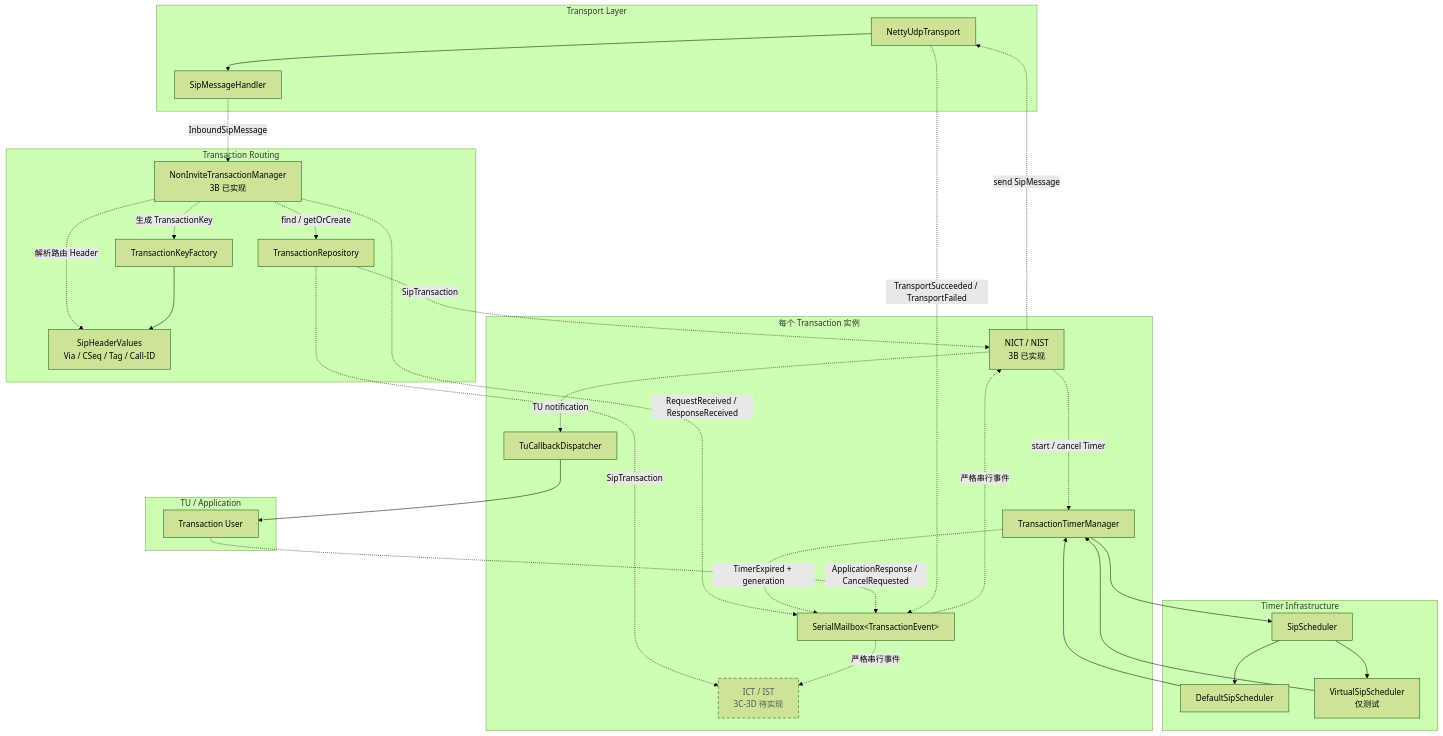
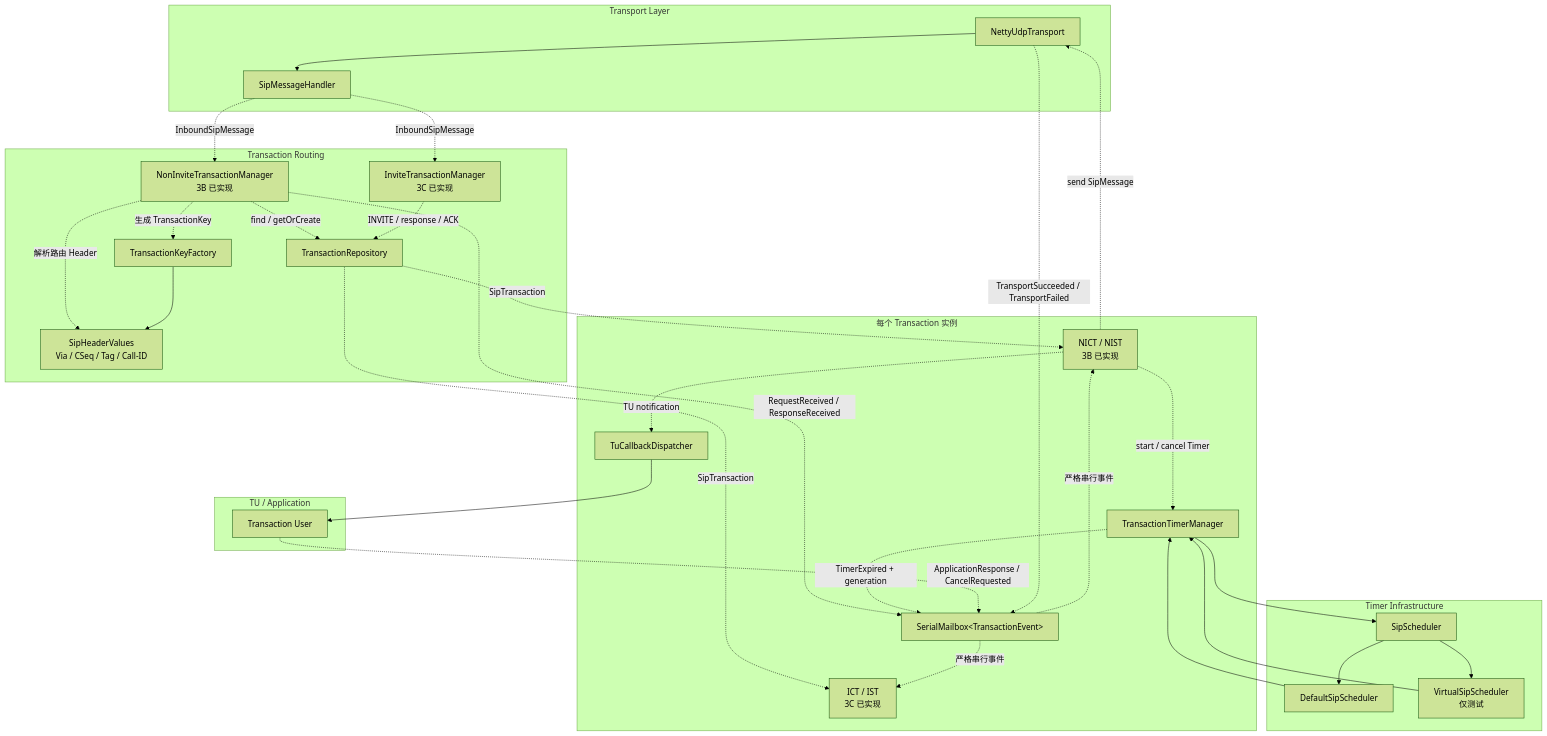
One commit to Thinker112/LoomSIP changed the diagram in MILESTONE-03-TRANSACTION-LAYER.md. Above: the diagram before and after it, drawn with Mermaid (forest theme). The commit also changed other lines of this file and 19 other files, not shown here.

````diff
--- a/MILESTONE-03-TRANSACTION-LAYER.md
+++ b/MILESTONE-03-TRANSACTION-LAYER.md
@@ -714,64 +724,65 @@
 ```mermaid
 flowchart TB
     subgraph Transport["Transport Layer"]
         NETTY["NettyUdpTransport"]
         HANDLER["SipMessageHandler"]
     end
 
     subgraph Routing["Transaction Routing"]
         DISPATCHER["NonInviteTransactionManager<br/>3B 已实现"]
+        INVITE_DISPATCHER["InviteTransactionManager<br/>3C 已实现"]
         HEADERS["SipHeaderValues<br/>Via / CSeq / Tag / Call-ID"]
         KEY_FACTORY["TransactionKeyFactory"]
         REPOSITORY["TransactionRepository"]
     end
 
     subgraph Transaction["每个 Transaction 实例"]
         MAILBOX["SerialMailbox&lt;TransactionEvent&gt;"]
         STATE_MACHINE["NICT / NIST<br/>3B 已实现"]
-        INVITE_STATE_MACHINE["ICT / IST<br/>3C-3D 待实现"]
+        INVITE_STATE_MACHINE["ICT / IST<br/>3C 已实现"]
         TIMER_MANAGER["TransactionTimerManager"]
         TU_DISPATCHER["TuCallbackDispatcher"]
     end
 
     subgraph Timing["Timer Infrastructure"]
         SCHEDULER["SipScheduler"]
         DEFAULT_SCHEDULER["DefaultSipScheduler"]
         VIRTUAL_SCHEDULER["VirtualSipScheduler<br/>仅测试"]
     end
 
     subgraph Application["TU / Application"]
         TU["Transaction User"]
     end
 
     NETTY --> HANDLER
     HANDLER -. "InboundSipMessage" .-> DISPATCHER
+    HANDLER -. "InboundSipMessage" .-> INVITE_DISPATCHER
 
     DISPATCHER -. "解析路由 Header" .-> HEADERS
     DISPATCHER -. "生成 TransactionKey" .-> KEY_FACTORY
     KEY_FACTORY --> HEADERS
     DISPATCHER -. "find / getOrCreate" .-> REPOSITORY
+    INVITE_DISPATCHER -. "INVITE / response / ACK" .-> REPOSITORY
     REPOSITORY -. "SipTransaction" .-> STATE_MACHINE
     REPOSITORY -. "SipTransaction" .-> INVITE_STATE_MACHINE
     DISPATCHER -. "RequestReceived / ResponseReceived" .-> MAILBOX
 
     MAILBOX -. "严格串行事件" .-> STATE_MACHINE
     MAILBOX -. "严格串行事件" .-> INVITE_STATE_MACHINE
 
     STATE_MACHINE -. "start / cancel Timer" .-> TIMER_MANAGER
     TIMER_MANAGER --> SCHEDULER
     SCHEDULER --> DEFAULT_SCHEDULER
     SCHEDULER --> VIRTUAL_SCHEDULER
     DEFAULT_SCHEDULER --> TIMER_MANAGER
     VIRTUAL_SCHEDULER --> TIMER_MANAGER
     TIMER_MANAGER -. "TimerExpired + generation" .-> MAILBOX
 
     STATE_MACHINE -. "TU notification" .-> TU_DISPATCHER
     TU_DISPATCHER --> TU
     TU -. "ApplicationResponse / CancelRequested" .-> MAILBOX
 
     STATE_MACHINE -. "send SipMessage" .-> NETTY
     NETTY -. "TransportSucceeded / TransportFailed" .-> MAILBOX
 
-    classDef planned stroke-dasharray: 6 4,color:#555;
-    class INVITE_STATE_MACHINE planned;
 ```
````
